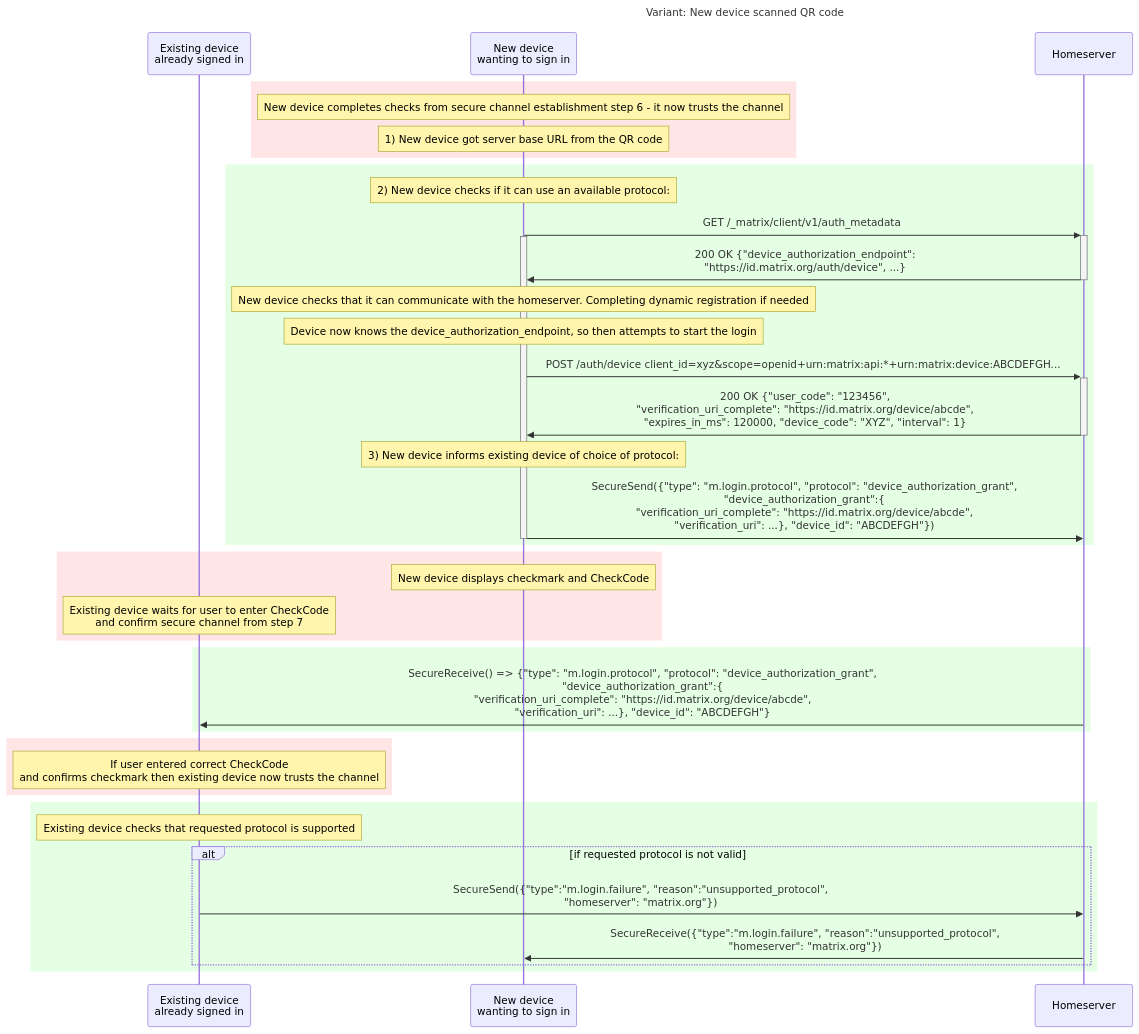
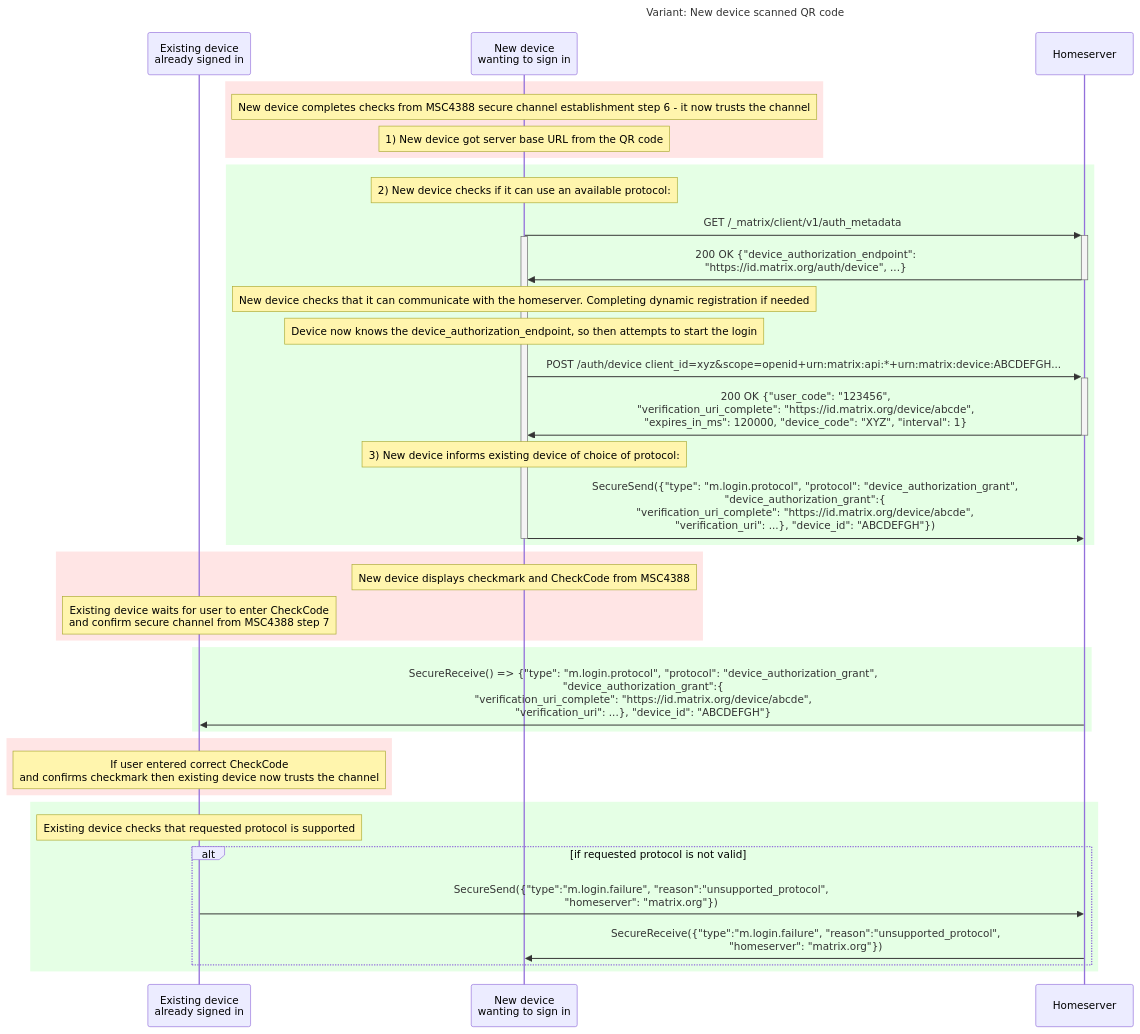
Before and after one commit to matrix-org/matrix-spec-proposals: the second of 5 diagrams in proposals/4108-oidc-qr-login.md, drawn with Mermaid. The commit also changed other lines of this file, not shown here.

Commit message:
Split secure channel into MSC4388 + add intro diagram

````diff
--- a/proposals/4108-oidc-qr-login.md
+++ b/proposals/4108-oidc-qr-login.md
@@ -948,64 +221,64 @@
 ```mermaid
 sequenceDiagram
     title: Variant: New device scanned QR code
     participant E as Existing device <br>already signed in
     participant N as New device <br>wanting to sign in
     participant HS as Homeserver
 
 
     rect rgba(255,0,0, 0.1)
     #alt if New device scanned QR code
-        note over N: New device completes checks from secure channel establishment step 6 - it now trusts the channel
+        note over N: New device completes checks from MSC4388 secure channel establishment step 6 - it now trusts the channel
         note over N: 1) New device got server base URL from the QR code
 
     #else if Existing device scanned QR code
     #    note over E: Existing device completes step 6
     #    note over E: Existing device displays checkmark and CheckCode
     #    note over E: 1) Existing device sends m.login.protocols message
     #    E->>HS: SecureSend({"type":"m.login.protocols", "protocols":["device_authorization_grant],<br> "base_url": "http://matrix-client.matrix.org"})
     #    note over N: New device waits for user to confirm secure channel from step 7
     #    HS->>N: SecureReceive() => {"type":"m.login.protocols", "protocols":["device_authorization_grant],<br> "base_url": "https://matrix-client.matrix.org"}
     #    note over N: If user enters the correct CheckCode and confirms checkmark<br>then new device now trusts the channel, and uses the homeserver provided
     end
 
 
     rect rgba(0,255,0, 0.1)
     note over N: 2) New device checks if it can use an available protocol:
         N->>+HS: GET /_matrix/client/v1/auth_metadata
     activate N
         HS->>-N: 200 OK {"device_authorization_endpoint":<br> "https://id.matrix.org/auth/device", ...}
         Note over N: New device checks that it can communicate with the homeserver. Completing dynamic registration if needed
         Note over N: Device now knows the device_authorization_endpoint, so then attempts to start the login
         N->>+HS: POST /auth/device client_id=xyz&scope=openid+urn:matrix:api:*+urn:matrix:device:ABCDEFGH...
         HS->>-N: 200 OK {"user_code": "123456",<br>"verification_uri_complete": "https://id.matrix.org/device/abcde",<br>"expires_in_ms": 120000, "device_code": "XYZ", "interval": 1}
         note over N: 3) New device informs existing device of choice of protocol:
         N->>HS: SecureSend({"type": "m.login.protocol", "protocol": "device_authorization_grant",<br> "device_authorization_grant":{<br>"verification_uri_complete": "https://id.matrix.org/device/abcde",<br>"verification_uri": ...}, "device_id": "ABCDEFGH"})
 
     deactivate N
     end
 
     rect rgba(255,0,0, 0.1)
     # alt if New device scanned QR code
-        note over N: New device displays checkmark and CheckCode
-        note over E: Existing device waits for user to enter CheckCode<br>and confirm secure channel from step 7
+        note over N: New device displays checkmark and CheckCode from MSC4388
+        note over E: Existing device waits for user to enter CheckCode<br>and confirm secure channel from MSC4388 step 7
     end
 
     rect rgba(0,255,0, 0.1)
         HS->>E: SecureReceive() => {"type": "m.login.protocol", "protocol": "device_authorization_grant",<br> "device_authorization_grant":{<br>"verification_uri_complete": "https://id.matrix.org/device/abcde",<br>"verification_uri": ...}, "device_id": "ABCDEFGH"}
     end
 
     rect rgba(255,0,0, 0.1)
     # alt if New device scanned QR code
         note over E: If user entered correct CheckCode<br>and confirms checkmark then existing device now trusts the channel
     end
 
 
     rect rgba(0,255,0, 0.1)
     note over E: Existing device checks that requested protocol is supported
 
     alt if requested protocol is not valid
         E->>HS: SecureSend({"type":"m.login.failure", "reason":"unsupported_protocol",<br>"homeserver": "matrix.org"})
         HS->>N: SecureReceive({"type":"m.login.failure", "reason":"unsupported_protocol",<br>"homeserver": "matrix.org"})
     end
     end
 ```
````
